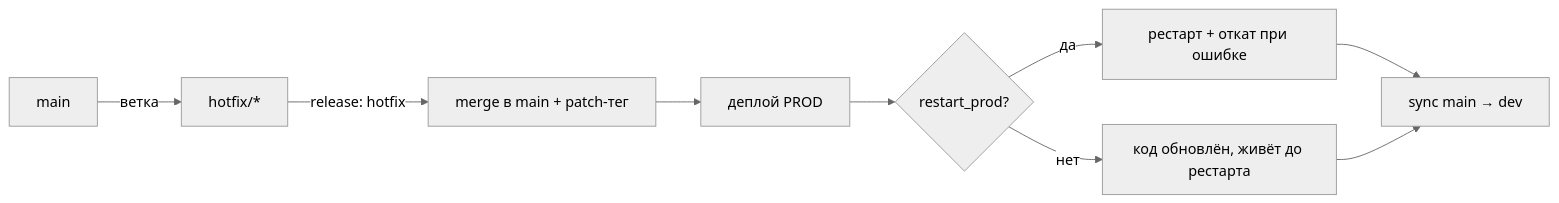
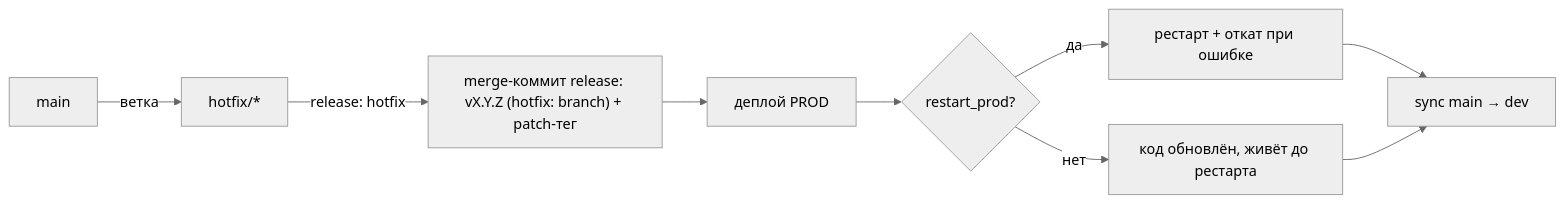
One commit to sednith/MinequestServerSource changed the second of 2 diagrams in README.md. Above: the diagram before and after it, drawn with Mermaid (neutral theme). The commit also changed other lines of this file and 1 other file, not shown here.

Commit message:
ci: добавлен merge-commit при релизе (dev -> main) [no-changelog]

````diff
--- a/README.md
+++ b/README.md
@@ -766,11 +769,11 @@
 ```mermaid
 flowchart LR
     A["main"] -->|"ветка"| B["hotfix/*"]
-    B -->|"release: hotfix"| C["merge в main + patch-тег"]
+    B -->|"release: hotfix"| C["merge-коммит release: vX.Y.Z (hotfix: branch) + patch-тег"]
     C --> D["деплой PROD"]
     D --> E{"restart_prod?"}
     E -->|"да"| F["рестарт + откат при ошибке"]
     E -->|"нет"| G["код обновлён, живёт до рестарта"]
     F --> H["sync main → dev"]
     G --> H
 ```
````
